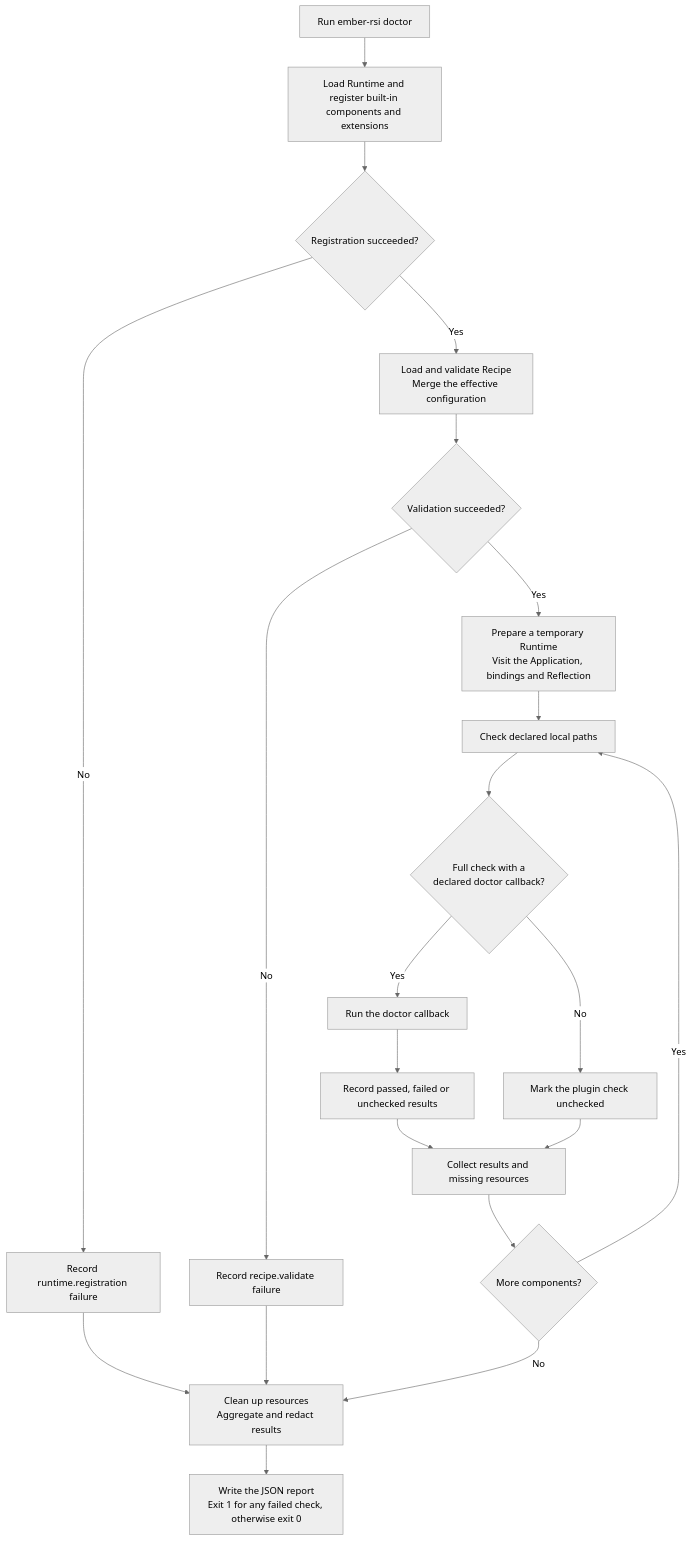
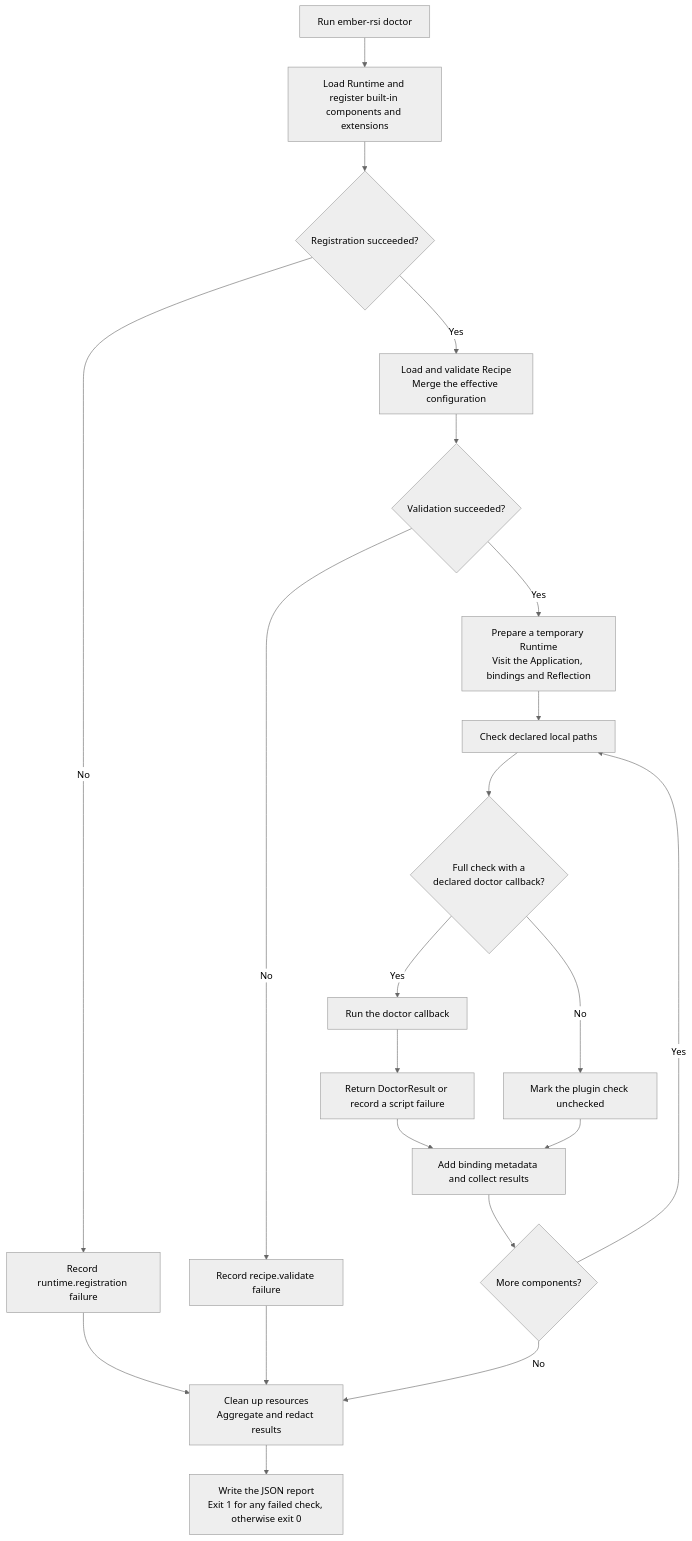
Before and after one commit to ARSI-LAB/ARSI: the diagram in docs/users/guides/doctor.md, drawn with Mermaid (neutral theme). The commit also changed other lines of this file and 35 other files, not shown here.

Commit message:
[feature] Return doctor results from components

````diff
--- a/docs/users/guides/doctor.md
+++ b/docs/users/guides/doctor.md
@@ -24,23 +24,23 @@
 ```mermaid
 flowchart TD
     A["Run ember-rsi doctor"] --> B["Load Runtime and register built-in components and extensions"]
     B --> C{"Registration succeeded?"}
     C -- No --> D["Record runtime.registration failure"]
     C -- Yes --> E["Load and validate Recipe<br/>Merge the effective configuration"]
     E --> F{"Validation succeeded?"}
     F -- No --> G["Record recipe.validate failure"]
     F -- Yes --> H["Prepare a temporary Runtime<br/>Visit the Application, bindings and Reflection"]
     H --> I["Check declared local paths"]
     I --> J{"Full check with a<br/>declared doctor callback?"}
     J -- Yes --> K["Run the doctor callback"]
-    K --> Q["Record passed, failed or unchecked results"]
+    K --> Q["Return DoctorResult or record a script failure"]
     J -- No --> L["Mark the plugin check unchecked"]
-    Q --> M["Collect results and missing resources"]
+    Q --> M["Add binding metadata and collect results"]
     L --> M
     M --> N{"More components?"}
     N -- Yes --> I
     N -- No --> O["Clean up resources<br/>Aggregate and redact results"]
     D --> O
     G --> O
     O --> P["Write the JSON report<br/>Exit 1 for any failed check, otherwise exit 0"]
 ```
````
